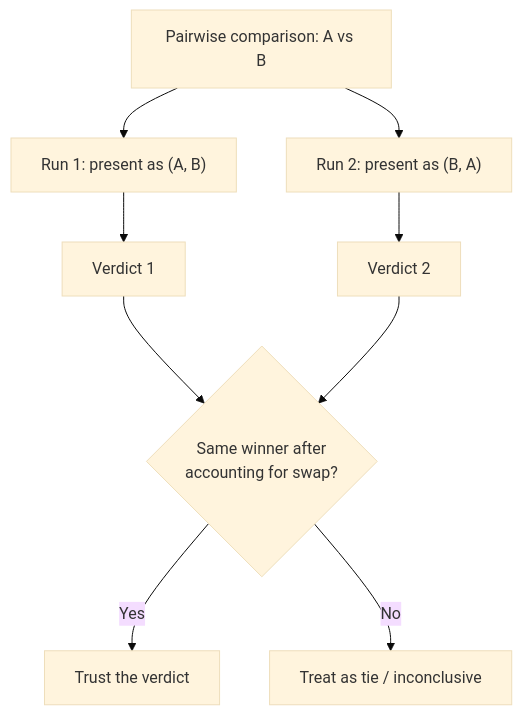
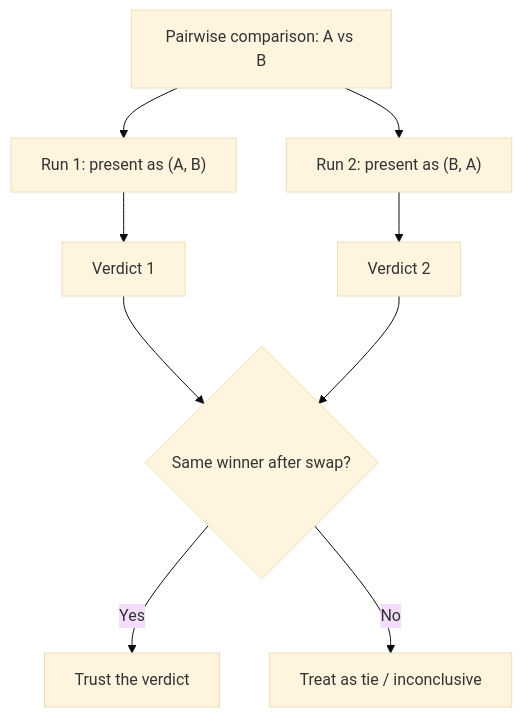
Before and after one commit to dsgouda7/ai-portfolio: the fourth of 4 diagrams in learning/agentic-ai-system-design/07-agent-evaluation-frameworks.md, drawn with Mermaid (base theme). The commit also changed 11 other files, not shown here.

````diff
--- a/learning/agentic-ai-system-design/07-agent-evaluation-frameworks.md
+++ b/learning/agentic-ai-system-design/07-agent-evaluation-frameworks.md
@@ -224,11 +224,11 @@
 ```mermaid
 flowchart TD
     Compare["Pairwise comparison: A vs B"] --> Run1["Run 1: present as (A, B)"]
     Compare --> Run2["Run 2: present as (B, A)"]
     Run1 --> V1["Verdict 1"]
     Run2 --> V2["Verdict 2"]
-    V1 --> Check{"Same winner after<br/>accounting for swap?"}
+    V1 --> Check{"Same winner after swap?"}
     V2 --> Check
     Check -->|Yes| Trust["Trust the verdict"]
     Check -->|No| Tie["Treat as tie / inconclusive"]
 ```
````
